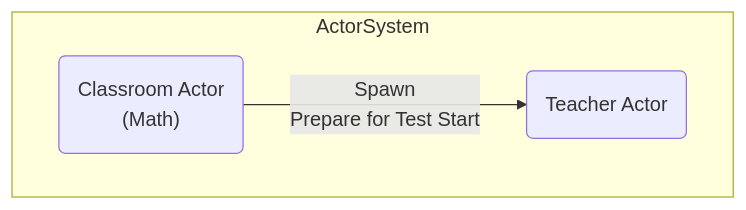
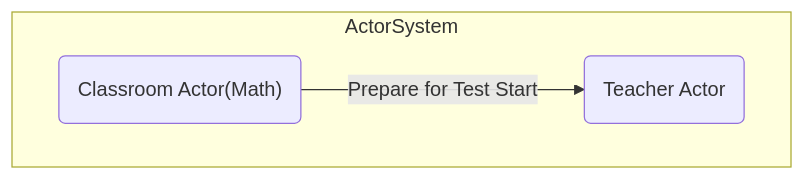
One commit to ytake/phpcon-okinawa-example changed the fourth of 9 diagrams in readme.md. Above: the diagram before and after it, drawn with Mermaid. The commit also changed other lines of this file, not shown here.

````diff
--- a/readme.md
+++ b/readme.md
@@ -77,6 +78,6 @@
 ```mermaid
 flowchart TD
     subgraph ActorSystem
-        ClassroomActor("Classroom Actor\n(Math)") -->|Spawn\nPrepare for Test Start| Teacher("Teacher Actor")
+        ClassroomActor("Classroom Actor(Math)") -->|Prepare for Test Start| Teacher("Teacher Actor")
     end
 ```
````
